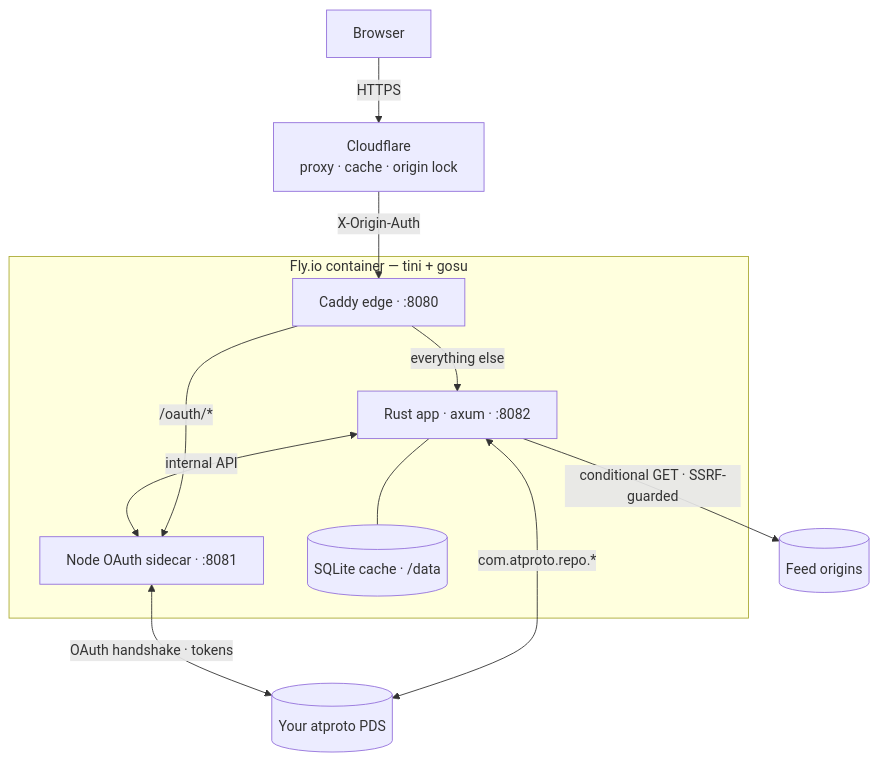
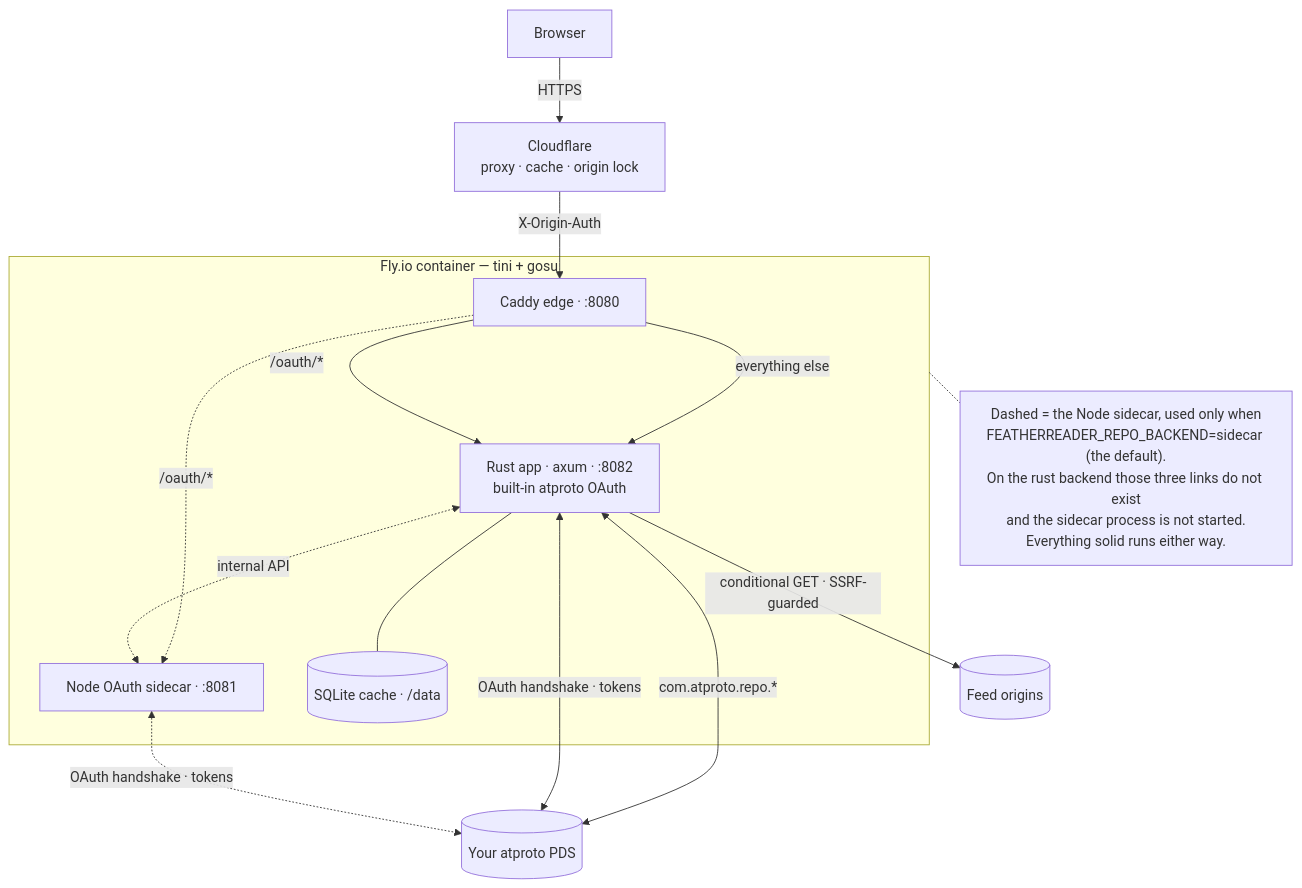
One commit to justin-stanley/feather-reader changed the diagram in design/architecture/runtime.mmd. Above: the diagram before and after it, drawn with Mermaid. The commit also changed 58 other files, not shown here.

```diff
--- a/design/architecture/runtime.mmd
+++ b/design/architecture/runtime.mmd
@@ -1,16 +1,20 @@
 flowchart TB
     B["Browser"] -->|"HTTPS"| CF["Cloudflare<br/>proxy · cache · origin lock"]
     subgraph Fly["Fly.io container — tini + gosu"]
         Caddy["Caddy edge · :8080"]
-        App["Rust app · axum · :8082"]
+        App["Rust app · axum · :8082<br/>built-in atproto OAuth"]
         Side["Node OAuth sidecar · :8081"]
         DB[("SQLite cache · /data")]
-        Caddy -->|"/oauth/*"| Side
         Caddy -->|"everything else"| App
+        Caddy -->|"/oauth/*"| App
+        Caddy -.->|"/oauth/*"| Side
         App --- DB
-        App <-->|"internal API"| Side
+        App <-.->|"internal API"| Side
     end
     CF -->|"X-Origin-Auth"| Caddy
     App -->|"conditional GET · SSRF-guarded"| Feeds[("Feed origins")]
     App <-->|"com.atproto.repo.*"| PDS[("Your atproto PDS")]
-    Side <-->|"OAuth handshake · tokens"| PDS
+    App <-->|"OAuth handshake · tokens"| PDS
+    Side <-.->|"OAuth handshake · tokens"| PDS
+    Note["Dashed = the Node sidecar, used only when<br/>FEATHERREADER_REPO_BACKEND=sidecar (the default).<br/>On the rust backend those three links do not exist<br/>and the sidecar process is not started.<br/>Everything solid runs either way."]
+    Fly -.- Note
```
